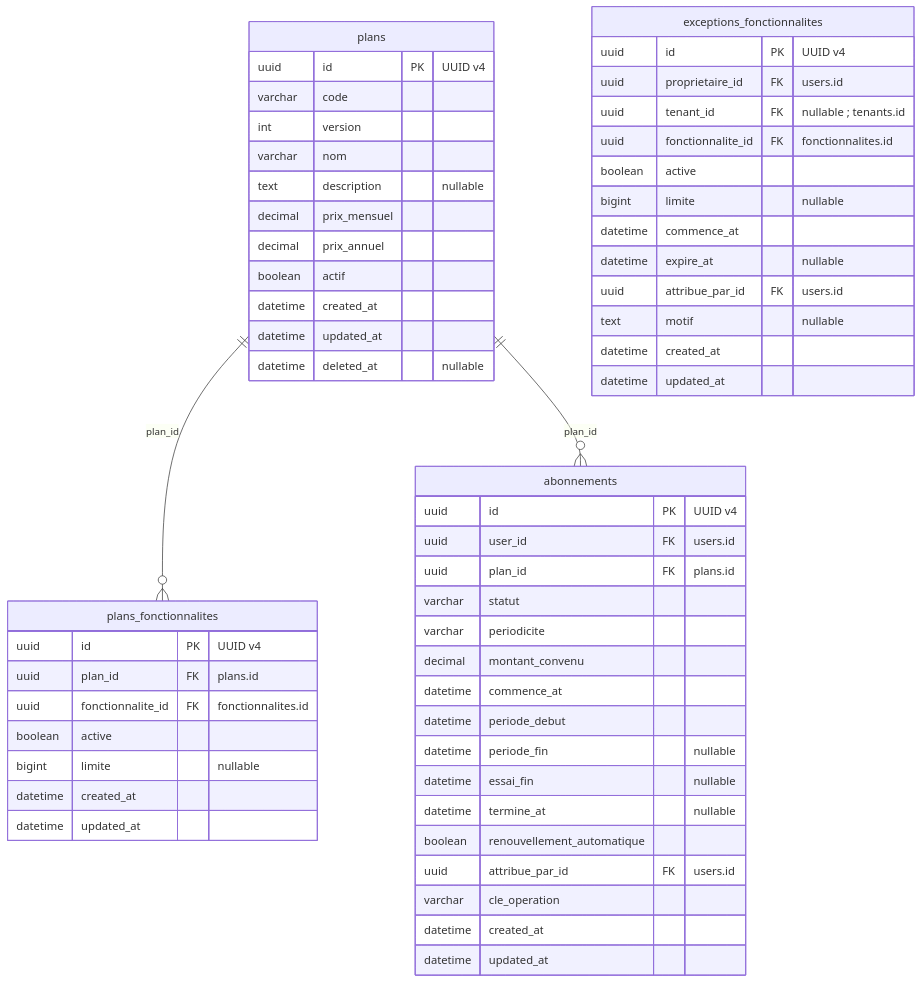
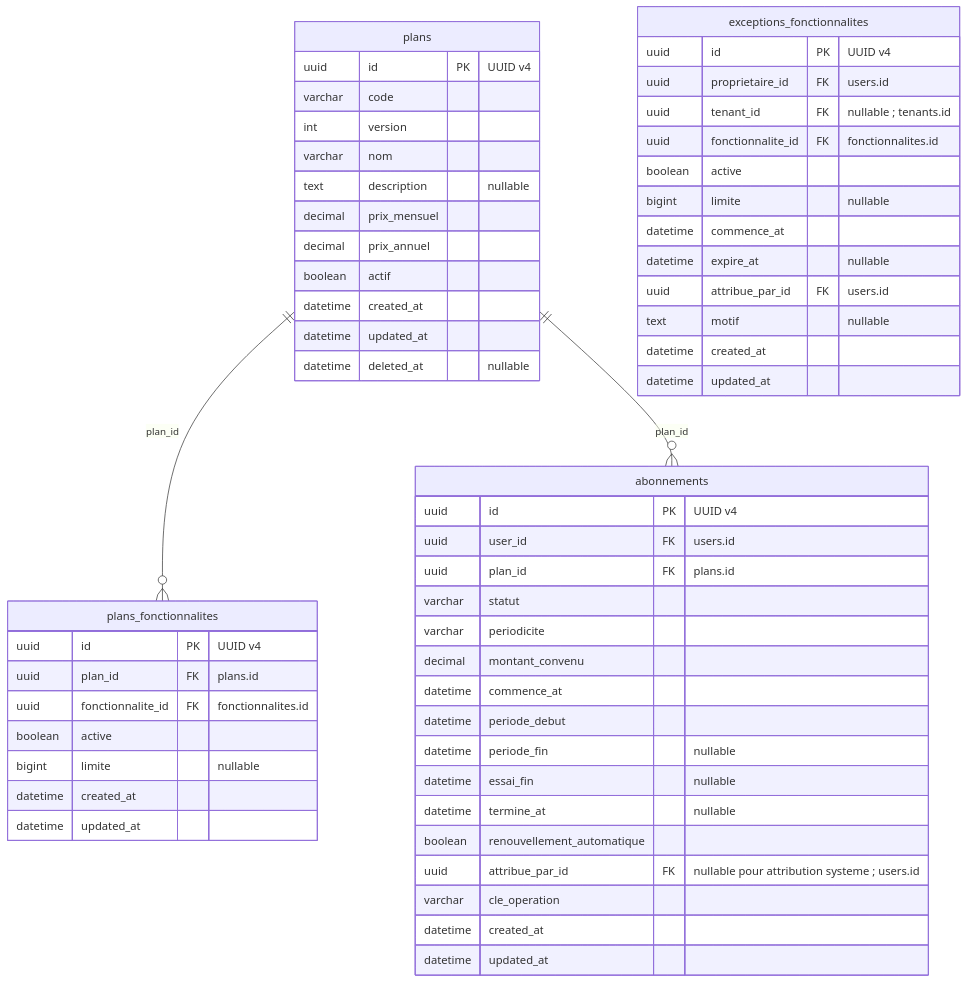
The fourth of 36 diagrams in Schema-BDD-SaaS-Ecommerce-UUID.md (unitealfa/saas-ecom), drawn with Mermaid before and after one commit. The commit also changed other lines of this file, not shown here.

````diff
--- a/Schema-BDD-SaaS-Ecommerce-UUID.md
+++ b/Schema-BDD-SaaS-Ecommerce-UUID.md
@@ -338,60 +360,60 @@
 ```mermaid
 erDiagram
     direction TB
     plans {
         uuid id PK "UUID v4"
         varchar code
         int version
         varchar nom
         text description "nullable"
         decimal prix_mensuel
         decimal prix_annuel
         boolean actif
         datetime created_at
         datetime updated_at
         datetime deleted_at "nullable"
     }
     plans_fonctionnalites {
         uuid id PK "UUID v4"
         uuid plan_id FK "plans.id"
         uuid fonctionnalite_id FK "fonctionnalites.id"
         boolean active
         bigint limite "nullable"
         datetime created_at
         datetime updated_at
     }
     abonnements {
         uuid id PK "UUID v4"
         uuid user_id FK "users.id"
         uuid plan_id FK "plans.id"
         varchar statut
         varchar periodicite
         decimal montant_convenu
         datetime commence_at
         datetime periode_debut
         datetime periode_fin "nullable"
         datetime essai_fin "nullable"
         datetime termine_at "nullable"
         boolean renouvellement_automatique
-        uuid attribue_par_id FK "users.id"
+        uuid attribue_par_id FK "nullable pour attribution systeme ; users.id"
         varchar cle_operation
         datetime created_at
         datetime updated_at
     }
     exceptions_fonctionnalites {
         uuid id PK "UUID v4"
         uuid proprietaire_id FK "users.id"
         uuid tenant_id FK "nullable ; tenants.id"
         uuid fonctionnalite_id FK "fonctionnalites.id"
         boolean active
         bigint limite "nullable"
         datetime commence_at
         datetime expire_at "nullable"
         uuid attribue_par_id FK "users.id"
         text motif "nullable"
         datetime created_at
         datetime updated_at
     }
     plans ||--o{ plans_fonctionnalites : plan_id
     plans ||--o{ abonnements : plan_id
 ```
````
